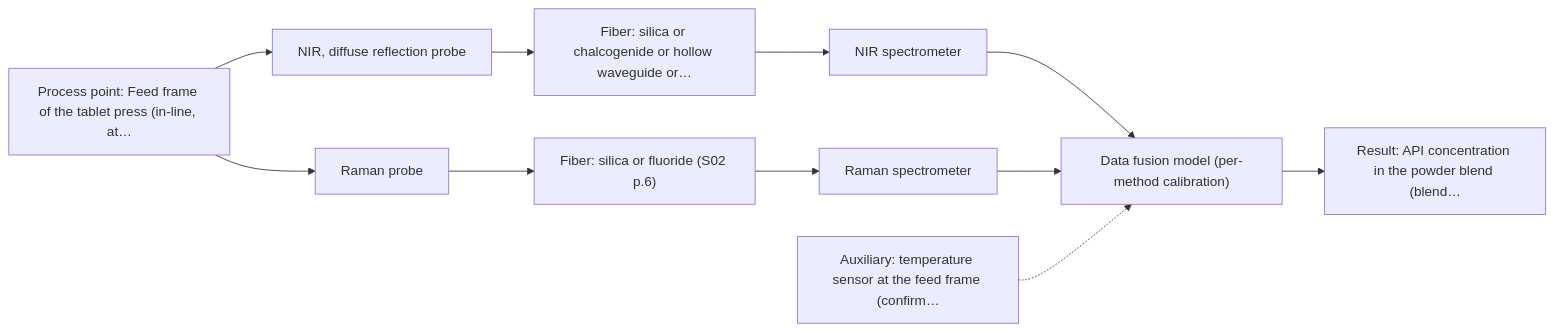
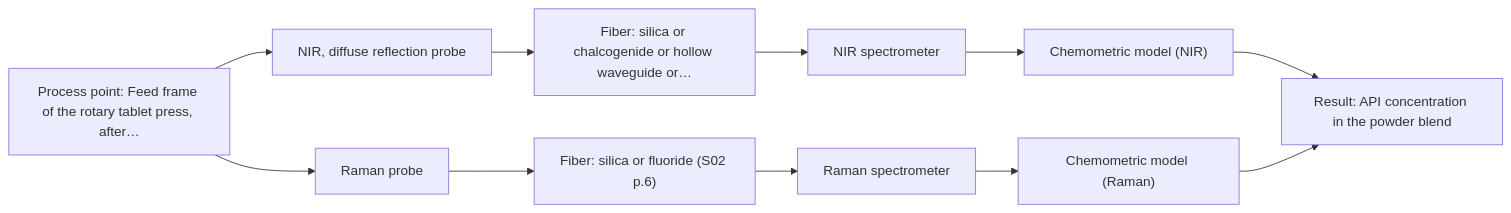
One commit to sleipnir029/Afs-Spectroscopy-Assistant changed the first of 2 diagrams in outputs/dev/D01.md. Above: the diagram before and after it, drawn with Mermaid. The commit also changed other lines of this file and 15 other files, not shown here.

Commit message:
3.R4 dev outputs: 8/8 pass, 0 hard failures, 236/236 citations, 14/14 charts, 8/8 cost classes

````diff
--- a/outputs/dev/D01.md
+++ b/outputs/dev/D01.md
@@ -36,23 +36,23 @@
 ```mermaid
 flowchart LR
-    proc["Process point: Feed frame of the tablet press (in-line, at…"]
+    proc["Process point: Feed frame of the rotary tablet press, after…"]
     probe1["NIR, diffuse reflection probe"]
     fiber1["Fiber: silica or chalcogenide or hollow waveguide or…"]
     spec1["NIR spectrometer"]
+    model1["Chemometric model (NIR)"]
     probe2["Raman probe"]
     fiber2["Fiber: silica or fluoride (S02 p.6)"]
     spec2["Raman spectrometer"]
-    model["Data fusion model (per-method calibration)"]
-    result["Result: API concentration in the powder blend (blend…"]
-    aux1["Auxiliary: temperature sensor at the feed frame (confirm…"]
+    model2["Chemometric model (Raman)"]
+    result["Result: API concentration in the powder blend"]
     proc --> probe1
     probe1 --> fiber1
     fiber1 --> spec1
-    spec1 --> model
+    spec1 --> model1
     proc --> probe2
     probe2 --> fiber2
     fiber2 --> spec2
-    spec2 --> model
-    model --> result
-    aux1 -.-> model
+    spec2 --> model2
+    model1 --> result
+    model2 --> result
 ```
````
